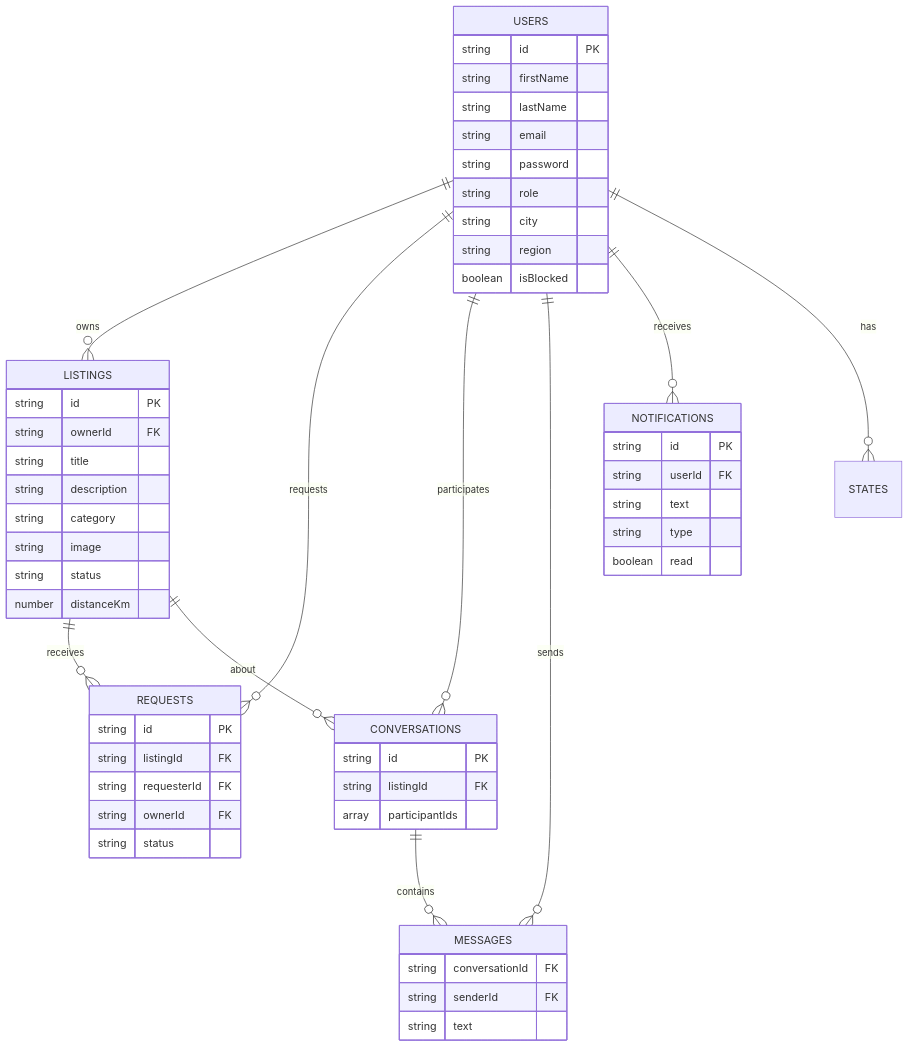
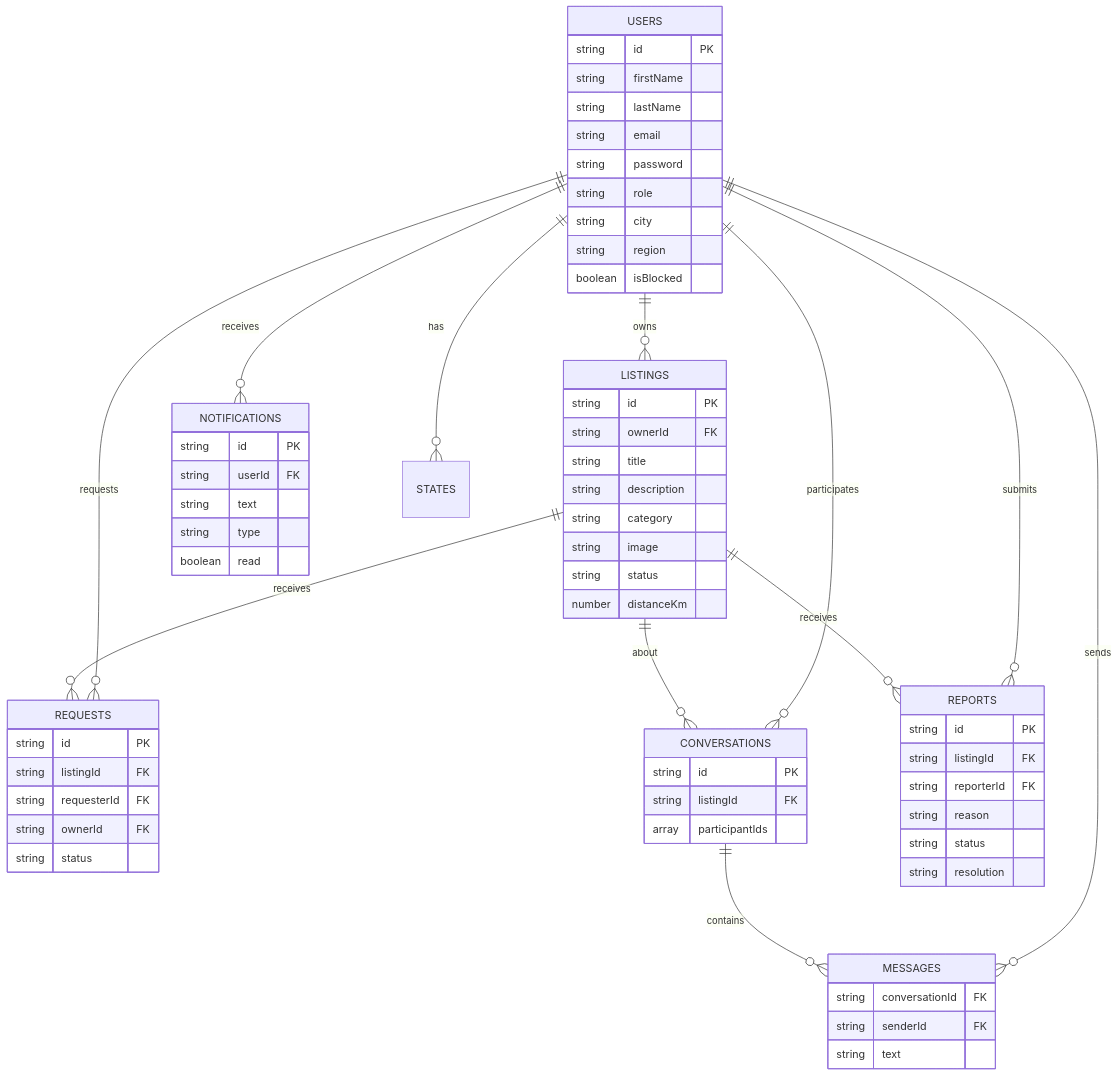
One commit to CapstoneDesign-Spring2026-UlsanCollege/Free_Sewaa changed the diagram in docs/DATABASE_DESIGN.md. Above: the diagram before and after it, drawn with Mermaid. The commit also changed other lines of this file and 8 other files, not shown here.

Commit message:
Add listing reports and admin moderation

````diff
--- a/docs/DATABASE_DESIGN.md
+++ b/docs/DATABASE_DESIGN.md
@@ -9,63 +9,74 @@
 ```mermaid
 erDiagram
     USERS ||--o{ LISTINGS : owns
     USERS ||--o{ REQUESTS : requests
     USERS ||--o{ CONVERSATIONS : participates
     USERS ||--o{ MESSAGES : sends
     USERS ||--o{ NOTIFICATIONS : receives
     USERS ||--o{ STATES : has
+    USERS ||--o{ REPORTS : submits
     LISTINGS ||--o{ REQUESTS : receives
     LISTINGS ||--o{ CONVERSATIONS : about
+    LISTINGS ||--o{ REPORTS : receives
     CONVERSATIONS ||--o{ MESSAGES : contains
 
     USERS {
         string id PK
         string firstName
         string lastName
         string email
         string password
         string role
         string city
         string region
         boolean isBlocked
     }
 
     LISTINGS {
         string id PK
         string ownerId FK
         string title
         string description
         string category
         string image
         string status
         number distanceKm
     }
 
     REQUESTS {
         string id PK
         string listingId FK
         string requesterId FK
         string ownerId FK
         string status
     }
 
     MESSAGES {
         string conversationId FK
         string senderId FK
         string text
     }
 
     CONVERSATIONS {
         string id PK
         string listingId FK
         array participantIds
     }
 
     NOTIFICATIONS {
         string id PK
         string userId FK
         string text
         string type
         boolean read
     }
+
+    REPORTS {
+        string id PK
+        string listingId FK
+        string reporterId FK
+        string reason
+        string status
+        string resolution
+    }
 ```
````
